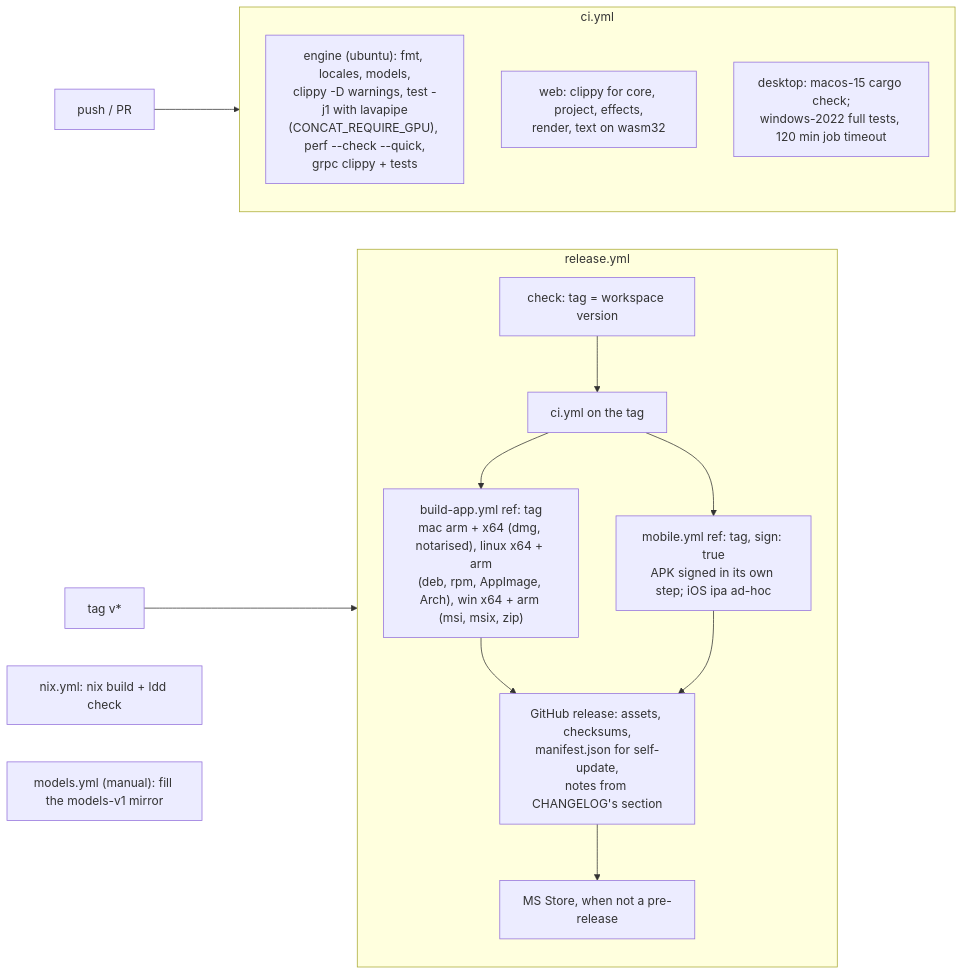
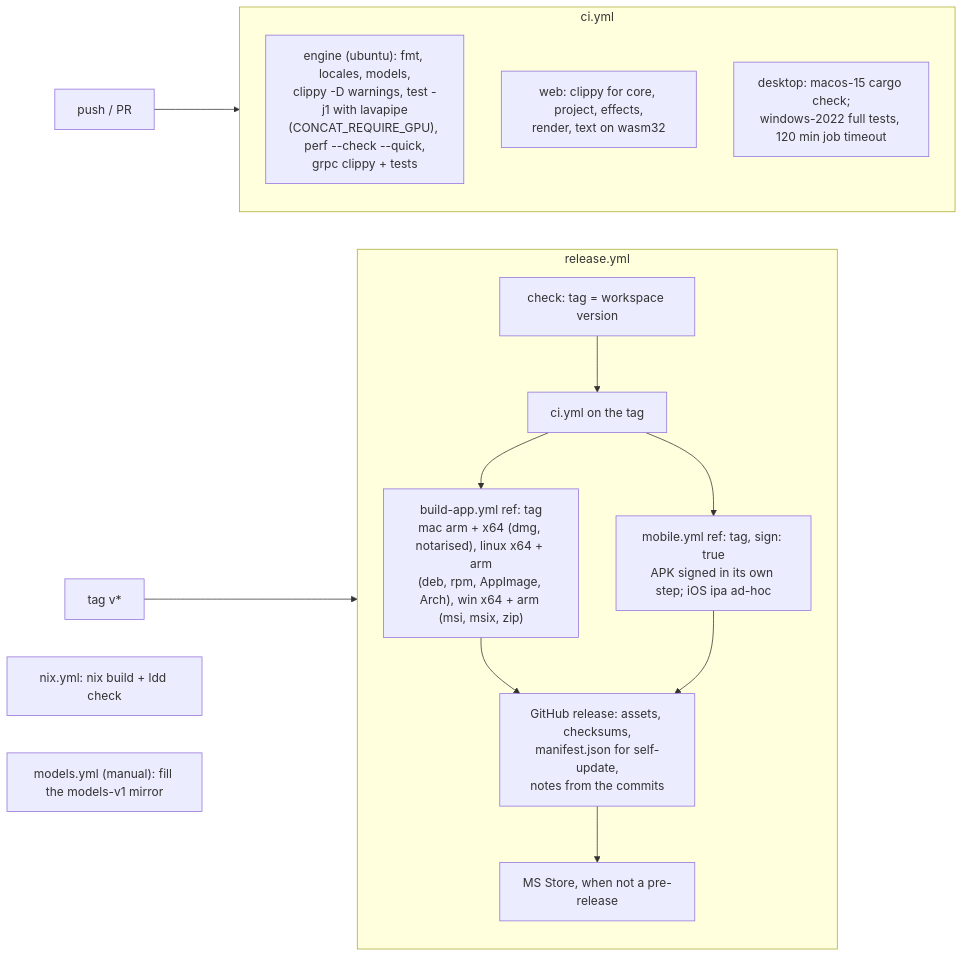
One commit to jub0t/Concat changed diagram 12 of 12 in ARCHITECTURE.md. Above: the diagram before and after it, drawn with Mermaid. The commit also changed other lines of this file and 2 other files, not shown here.

First line of the commit message:
docs: drop CHANGELOG.md, and a release's notes are its commits

````diff
--- a/ARCHITECTURE.md
+++ b/ARCHITECTURE.md
@@ -542,22 +542,22 @@
 ```mermaid
 flowchart LR
     push["push / PR"] --> ci
     subgraph ci["ci.yml"]
         engine["engine (ubuntu): fmt, locales, models,<br/>clippy -D warnings, test -j1 with lavapipe<br/>(CONCAT_REQUIRE_GPU), perf --check --quick,<br/>grpc clippy + tests"]
         web["web: clippy for core, project, effects,<br/>render, text on wasm32"]
         desktop["desktop: macos-15 cargo check;<br/>windows-2022 full tests, 120 min job timeout"]
     end
     tag["tag v*"] --> rel
     subgraph rel["release.yml"]
         check["check: tag = workspace version"]
         gate["ci.yml on the tag"]
         build["build-app.yml ref: tag<br/>mac arm + x64 (dmg, notarised), linux x64 + arm<br/>(deb, rpm, AppImage, Arch), win x64 + arm (msi, msix, zip)"]
         phones["mobile.yml ref: tag, sign: true<br/>APK signed in its own step; iOS ipa ad-hoc"]
-        publish["GitHub release: assets, checksums,<br/>manifest.json for self-update,<br/>notes from CHANGELOG's section"]
+        publish["GitHub release: assets, checksums,<br/>manifest.json for self-update,<br/>notes from the commits"]
         store["MS Store, when not a pre-release"]
         check --> gate --> build --> publish --> store
         gate --> phones --> publish
     end
     nix["nix.yml: nix build + ldd check"]
     models["models.yml (manual): fill the models-v1 mirror"]
 ```
````
